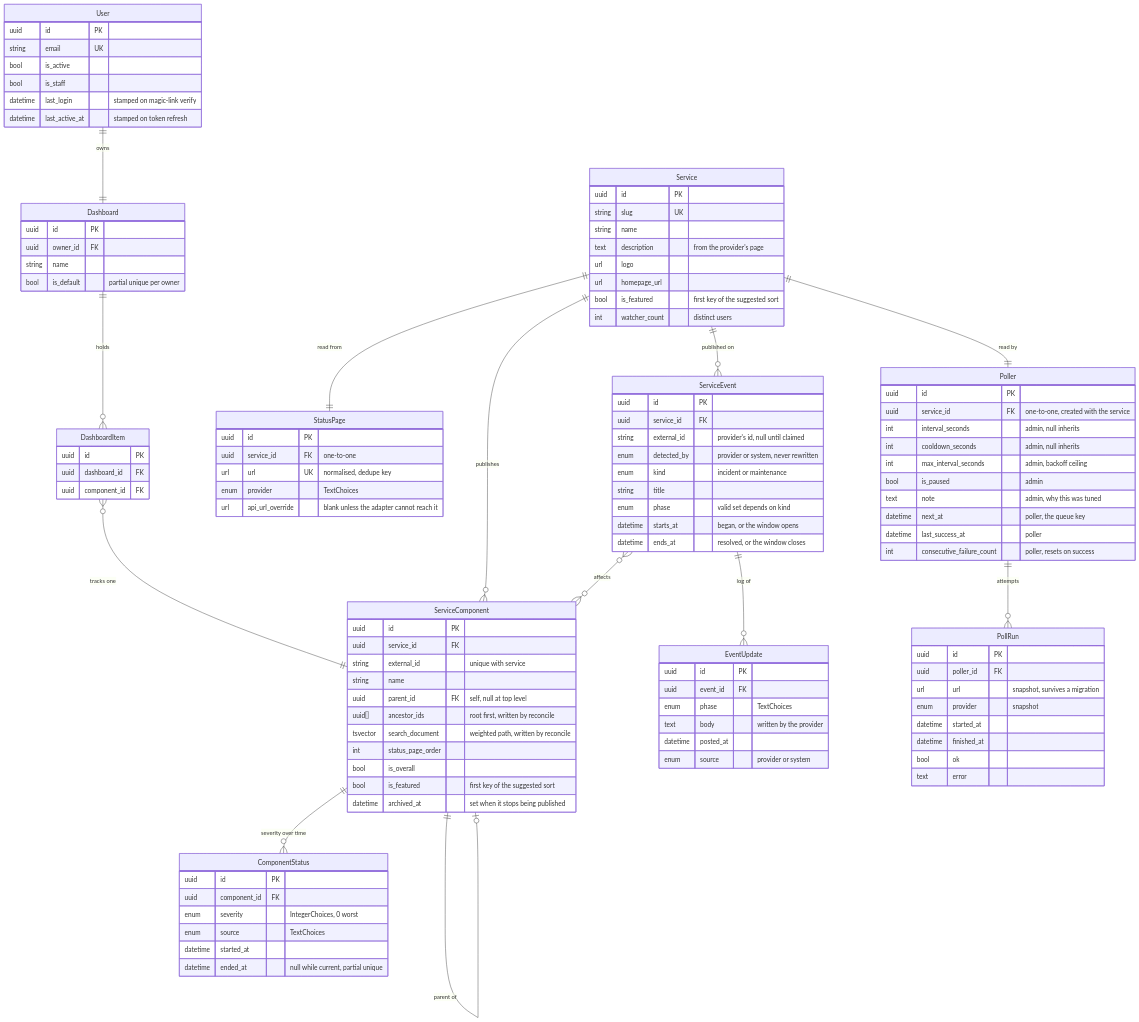
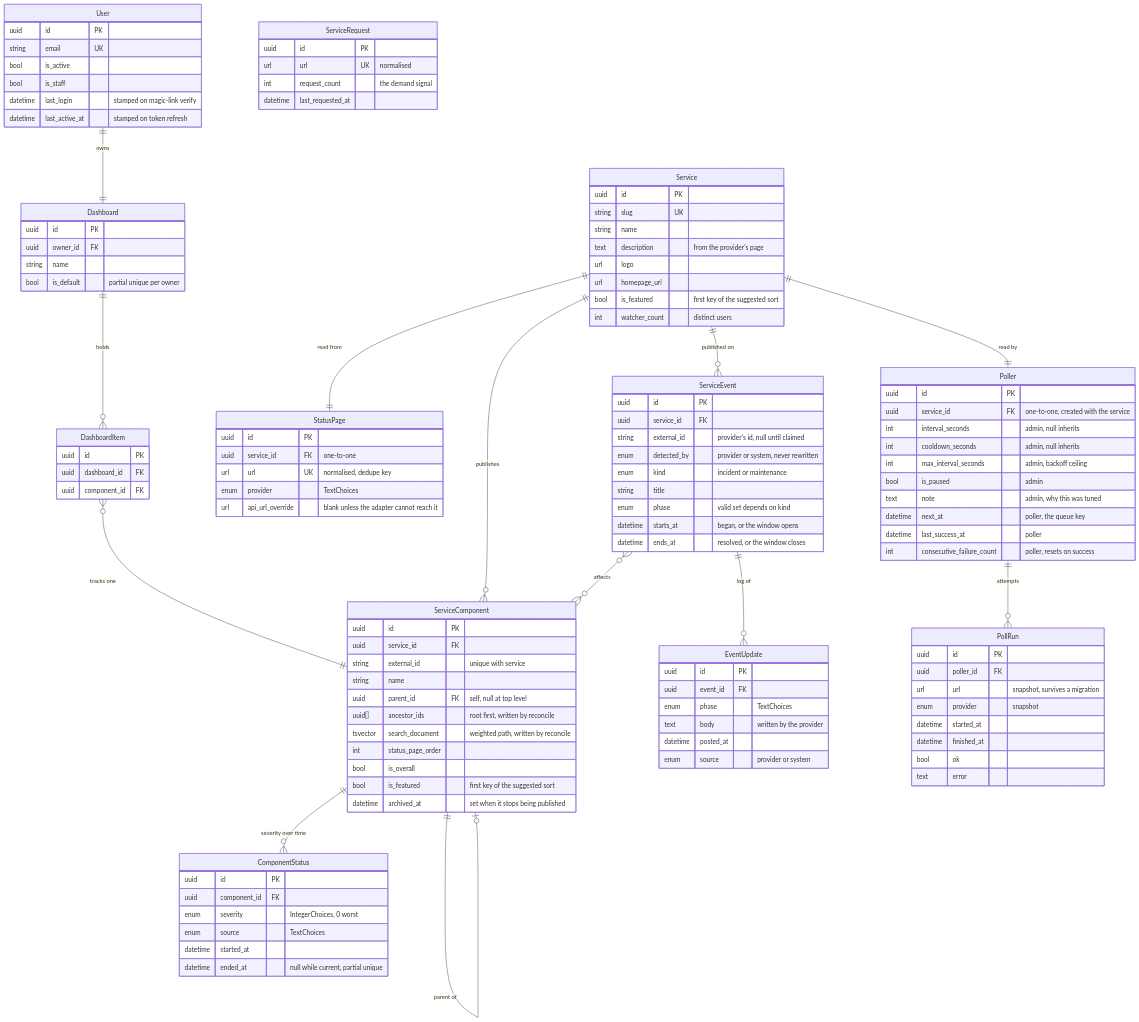
Before and after one commit to thalida/statusboard: the second of 2 diagrams in docs/specs/2026-08-23-statusboard-design.md, drawn with Mermaid. The commit also changed 9 other files, not shown here.

```diff
--- a/docs/specs/2026-08-23-statusboard-design.md
+++ b/docs/specs/2026-08-23-statusboard-design.md
@@ -201,6 +201,12 @@
         bool ok
         text error
     }
+    ServiceRequest {
+        uuid id PK
+        url url UK "normalised"
+        int request_count "the demand signal"
+        datetime last_requested_at
+    }
 
     User ||--|| Dashboard : owns
     Dashboard ||--o{ DashboardItem : holds
```
